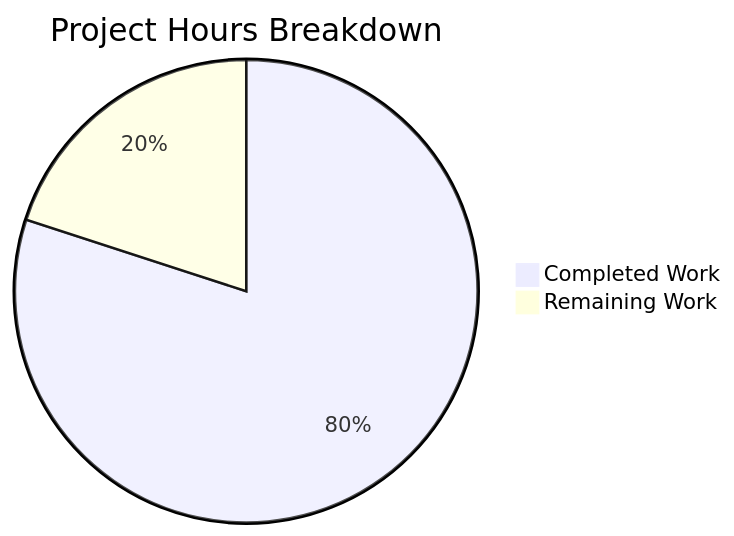
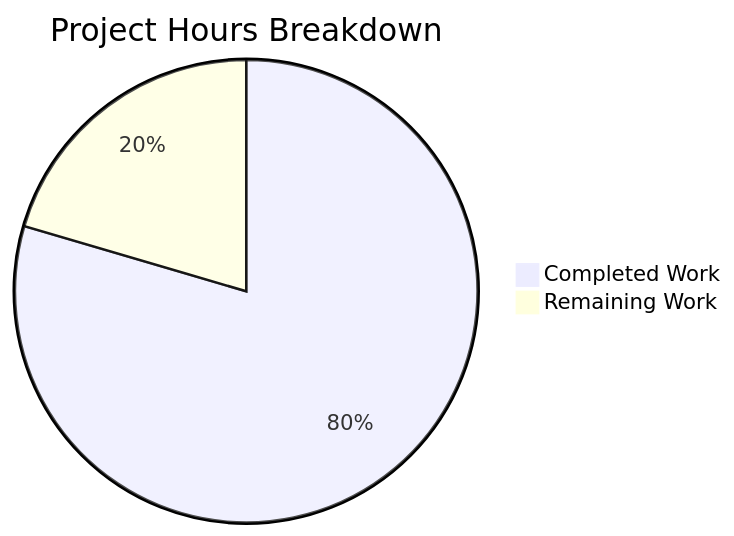
Before and after one commit to Blitzy-Sandbox/blitzy-cal: the second of 2 diagrams in blitzy/documentation/Project Guide.md, drawn with Mermaid. The commit also changed other lines of this file, not shown here.

Commit message:
Adding Blitzy Project Guide: Project Status and Human Tasks Remaining

````diff
--- a/blitzy/documentation/Project Guide.md
+++ b/blitzy/documentation/Project Guide.md
@@ -233,5 +206,5 @@
 ```mermaid
 pie title Project Hours Breakdown
-    "Completed Work" : 120
-    "Remaining Work" : 30
+    "Completed Work" : 140
+    "Remaining Work" : 36
 ```
````
